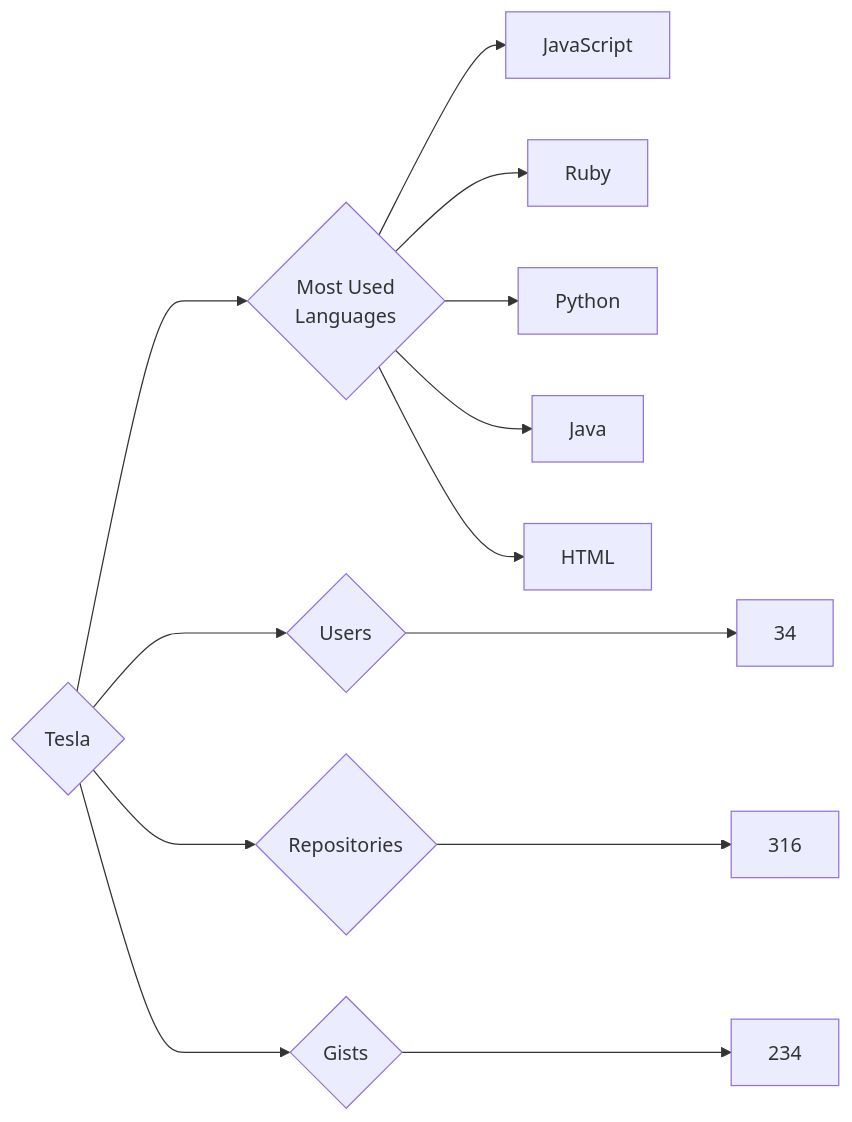
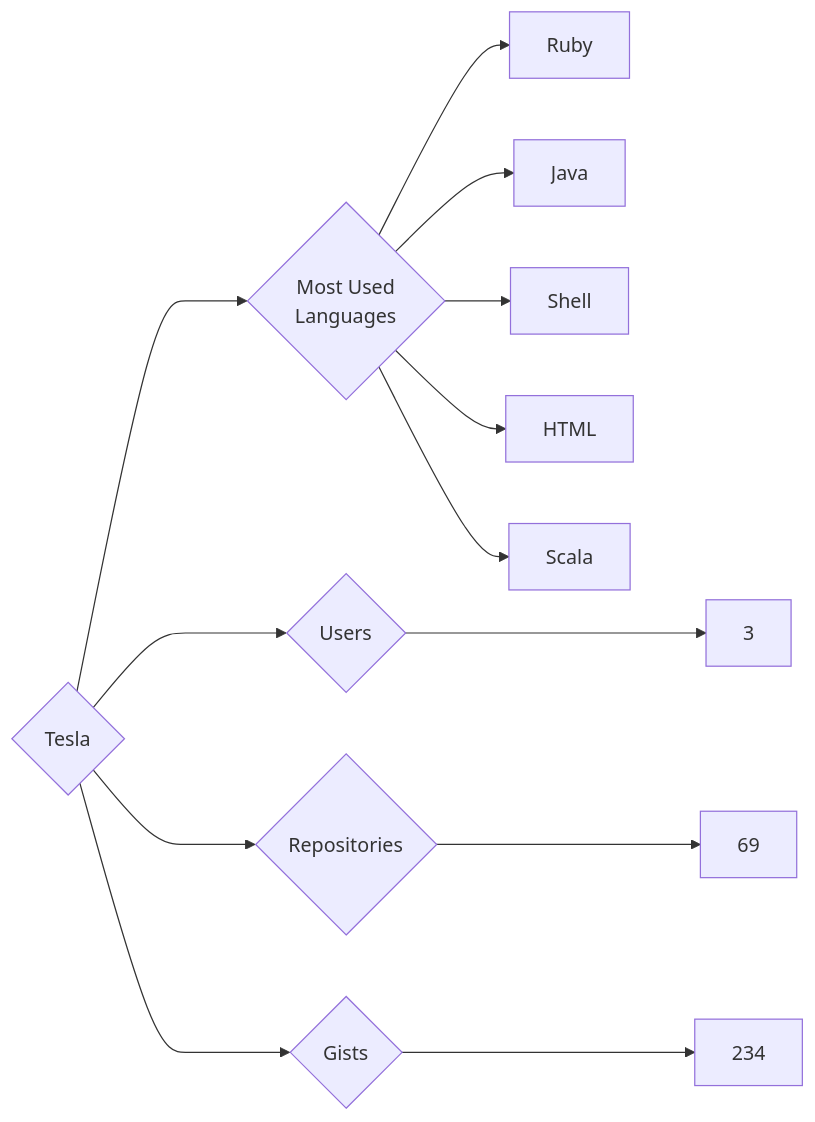
Before and after one commit to trickest/insiders: the diagram in targets/Tesla/README.md, drawn with Mermaid. The commit also changed 770 other files, not shown here.

````diff
--- a/targets/Tesla/README.md
+++ b/targets/Tesla/README.md
@@ -3,13 +3,13 @@
 ```mermaid
 graph LR
 COMPANY_NAME{Tesla}
-COMPANY_NAME ---> U{Users} ---> UN[34]
-COMPANY_NAME ---> R{Repositories} ---> RN[316]
+COMPANY_NAME ---> U{Users} ---> UN[3]
+COMPANY_NAME ---> R{Repositories} ---> RN[69]
 COMPANY_NAME ---> G{Gists} ---> GN[234]
 COMPANY_NAME ---> ML{Most Used<br>Languages}
-ML --> JavaScript[JavaScript]
 ML --> Ruby[Ruby]
-ML --> Python[Python]
 ML --> Java[Java]
+ML --> Shell[Shell]
 ML --> HTML[HTML]
+ML --> Scala[Scala]
 ```
````
